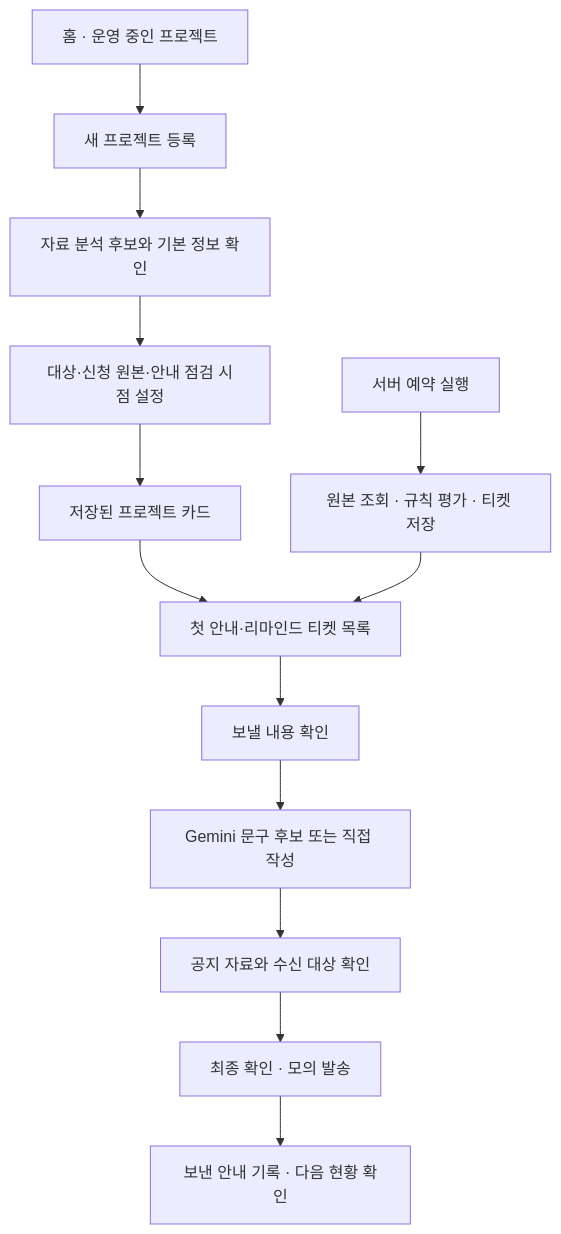
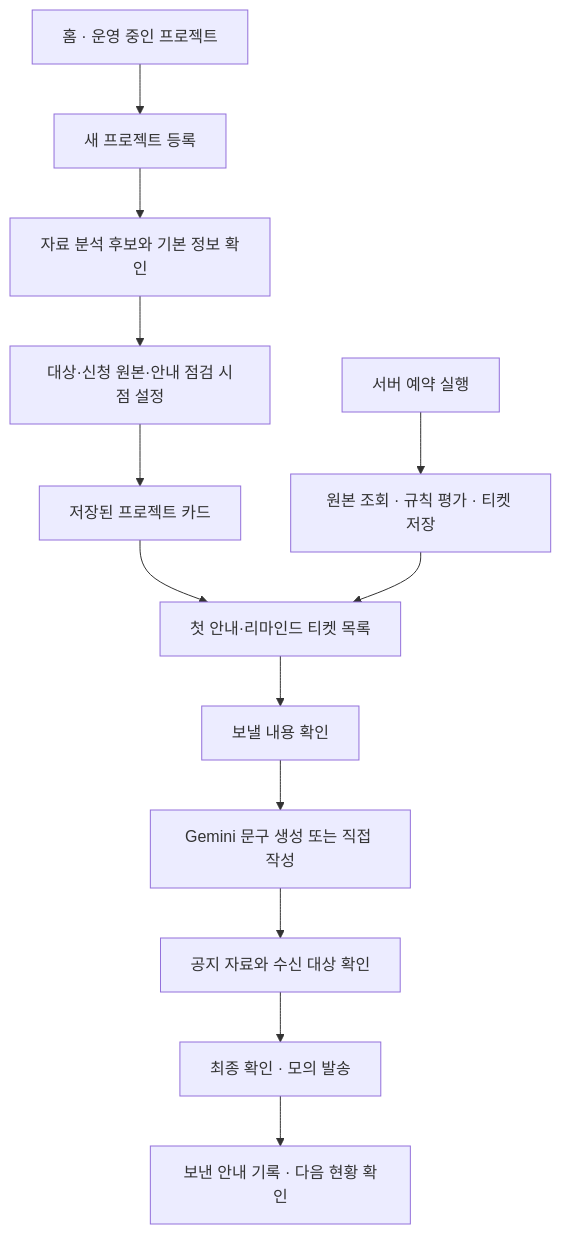
The diagram in spec/spec_003.md (oh-sunny/managerkim), drawn with Mermaid before and after one commit. The commit also changed other lines of this file and 33 other files, not shown here.

````diff
--- a/spec/spec_003.md
+++ b/spec/spec_003.md
@@ -32,15 +32,15 @@
 ```mermaid
 flowchart TD
   A[홈 · 운영 중인 프로젝트] --> B[새 프로젝트 등록]
   B --> C[자료 분석 후보와 기본 정보 확인]
   C --> D[대상·신청 원본·안내 점검 시점 설정]
   D --> E[저장된 프로젝트 카드]
   E --> F[첫 안내·리마인드 티켓 목록]
   F --> G[보낼 내용 확인]
-  G --> H[Gemini 문구 후보 또는 직접 작성]
+  G --> H[Gemini 문구 생성 또는 직접 작성]
   H --> I[공지 자료와 수신 대상 확인]
   I --> J[최종 확인 · 모의 발송]
   J --> K[보낸 안내 기록 · 다음 현황 확인]
   L[서버 예약 실행] --> M[원본 조회 · 규칙 평가 · 티켓 저장]
   M --> F
 ```
````
